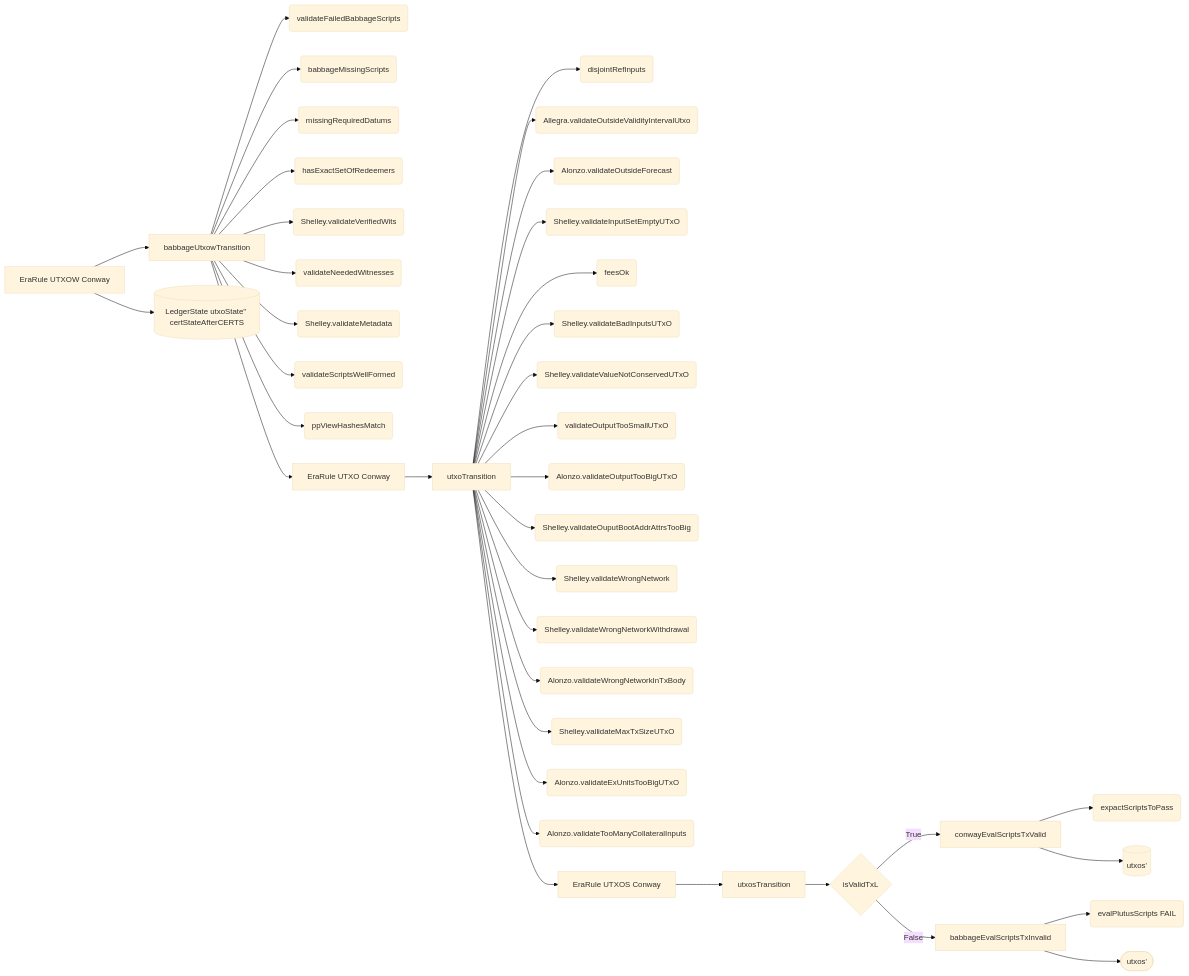
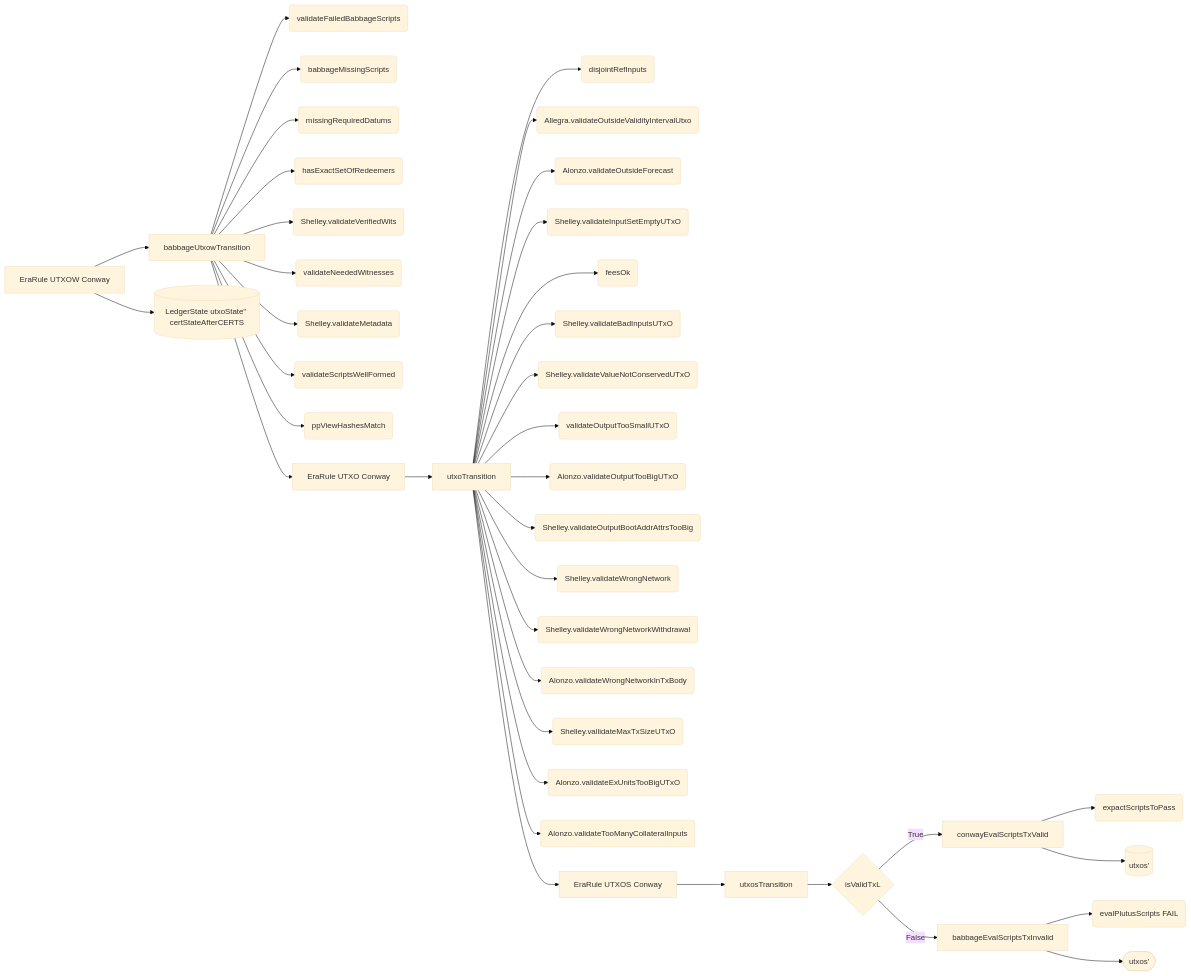
Before and after one commit to rkuhn/cardano-blueprint: the fifth of 6 diagrams in src/ledger/block-validation.md, drawn with Mermaid (base theme). The commit also changed other lines of this file and 29 other files, not shown here.

````diff
--- a/src/ledger/block-validation.md
+++ b/src/ledger/block-validation.md
@@ -158,42 +165,42 @@
 ```mermaid
 flowchart LR
 EUC[EraRule UTXOW Conway]
     EUC --> babbageUtxowTransition
         babbageUtxowTransition --> validateFailedBabbageScripts(validateFailedBabbageScripts)
         babbageUtxowTransition --> babbageMissingScripts(babbageMissingScripts)
         babbageUtxowTransition --> missingRequiredDatums(missingRequiredDatums)
         babbageUtxowTransition --> hasExactSetOfRedeemers(hasExactSetOfRedeemers)
         babbageUtxowTransition --> validateVerifiedWits(Shelley.validateVerifiedWits)
         babbageUtxowTransition --> validateNeededWitnesses(validateNeededWitnesses)
-        babbageUtxowTransition --> validateMetdata(Shelley.validateMetadata)
+        babbageUtxowTransition --> validateMetadata(Shelley.validateMetadata)
         babbageUtxowTransition --> validateScriptsWellFormed(validateScriptsWellFormed)
         babbageUtxowTransition --> ppViewHashesMatch(ppViewHashesMatch)
         babbageUtxowTransition --> EUTXOC[EraRule UTXO Conway]
             EUTXOC --> utxoTransition
                 utxoTransition --> disjointRefInputs(disjointRefInputs)
                 utxoTransition --> validateOutsideValidityIntervalUtxo(Allegra.validateOutsideValidityIntervalUtxo)
                 utxoTransition --> validateOutsideForecast(Alonzo.validateOutsideForecast)
                 utxoTransition --> validateInputSetEmptyUTxO(Shelley.validateInputSetEmptyUTxO)
                 utxoTransition --> feesOk(feesOk)
                 utxoTransition --> validateBadInputsUTxO(Shelley.validateBadInputsUTxO)
                 utxoTransition --> validateValueNotConservedUTxO(Shelley.validateValueNotConservedUTxO)
                 utxoTransition --> validateOutputTooSmallUTxO(validateOutputTooSmallUTxO)
                 utxoTransition --> validateOutputTooBigUTxO(Alonzo.validateOutputTooBigUTxO)
-                utxoTransition --> validateOutputBootAddrAttrsTooBig(Shelley.validateOuputBootAddrAttrsTooBig)
+                utxoTransition --> validateOutputBootAddrAttrsTooBig(Shelley.validateOutputBootAddrAttrsTooBig)
                 utxoTransition --> validateWrongNetwork(Shelley.validateWrongNetwork)
                 utxoTransition --> validateWrongNetworkWithdrawal(Shelley.validateWrongNetworkWithdrawal)
                 utxoTransition --> validateWrongNetworkInTxBody(Alonzo.validateWrongNetworkInTxBody)
                 utxoTransition --> validateMaxTxSizeUTxO(Shelley.vallidateMaxTxSizeUTxO)
                 utxoTransition --> validateExUnitsTooBigUTxO(Alonzo.validateExUnitsTooBigUTxO)
                 utxoTransition --> validateTooManyCollateralInputs(Alonzo.validateTooManyCollateralInputs)
                 utxoTransition --> EUTXOSC[EraRule UTXOS Conway]
                     EUTXOSC --> utxosTransition
                 utxosTransition --> isValidTxL{isValidTxL}
                     isValidTxL --> |True| conwayEvalScriptsTxValid
                         conwayEvalScriptsTxValid --> expectScriptsToPass(expactScriptsToPass)
                         conwayEvalScriptsTxValid --> conwayEvalScriptsTxValidUtxosPrime[(utxos')]
                     isValidTxL --> |False| babbageEvalScriptsTxInvalid
                         babbageEvalScriptsTxInvalid --> evalPlutusScripts(evalPlutusScripts FAIL)
                         babbageEvalScriptsTxInvalid --> babbageEvalScriptsTxInvalidUtxosPrime([utxos'])
     EUC --> LedgerState[(LedgerState utxoState'' certStateAfterCERTS)]
 ```
````
